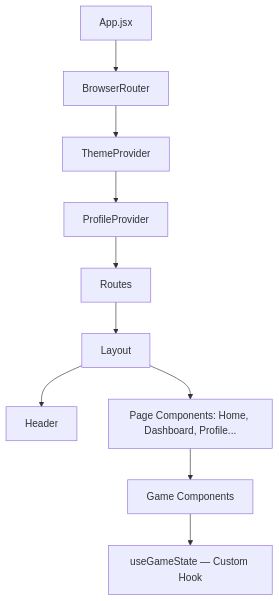
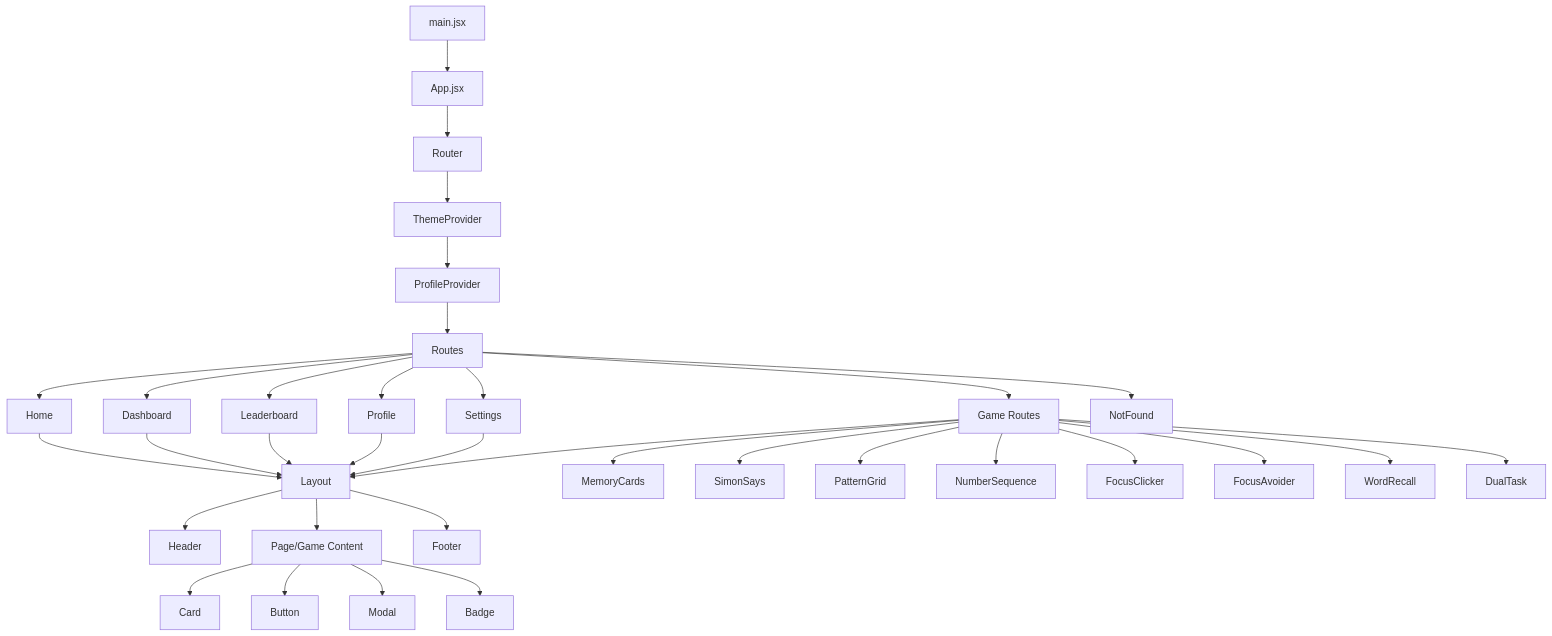
Before and after one commit to AlinaSalovyk/memory-trainer: the first of 2 diagrams in README.md, drawn with Mermaid. The commit also changed other lines of this file and 3 other files, not shown here.

Commit message:
Refactor analytics service and clean up unused code in App and Home components; update README for improved project documentation

````diff
--- a/README.md
+++ b/README.md
@@ -63,13 +146,41 @@
 ```mermaid
 graph TD
-    A[App.jsx] --> B[BrowserRouter]
-    B --> C[ThemeProvider]
-    C --> D[ProfileProvider]
-    D --> E[Routes]
-    E --> F[Layout]
-    F --> G[Header]
-    F --> H[Page Components: Home, Dashboard, Profile...]
-    H --> I[Game Components]
-    I --> J[useGameState — Custom Hook]
+    A[main.jsx] --> B[App.jsx]
+    B --> C[Router]
+    C --> D[ThemeProvider]
+    D --> E[ProfileProvider]
+    E --> F[Routes]
 
+    F --> H[Home]
+    F --> I[Dashboard]
+    F --> J[Leaderboard]
+    F --> K[Profile]
+    F --> L[Settings]
+    F --> M[Game Routes]
+    F --> N[NotFound]
+
+    H --> O[Layout]
+    I --> O
+    J --> O
+    K --> O
+    L --> O
+    M --> O
+
+    O --> P[Header]
+    O --> Q[Page/Game Content]
+    O --> R[Footer]
+
+    M --> MC[MemoryCards]
+    M --> SS[SimonSays]
+    M --> PG[PatternGrid]
+    M --> NS[NumberSequence]
+    M --> FC[FocusClicker]
+    M --> FA[FocusAvoider]
+    M --> WR[WordRecall]
+    M --> DT[DualTask]
+
+    Q --> UI1[Card]
+    Q --> UI2[Button]
+    Q --> UI3[Modal]
+    Q --> UI4[Badge]
 ```
````
